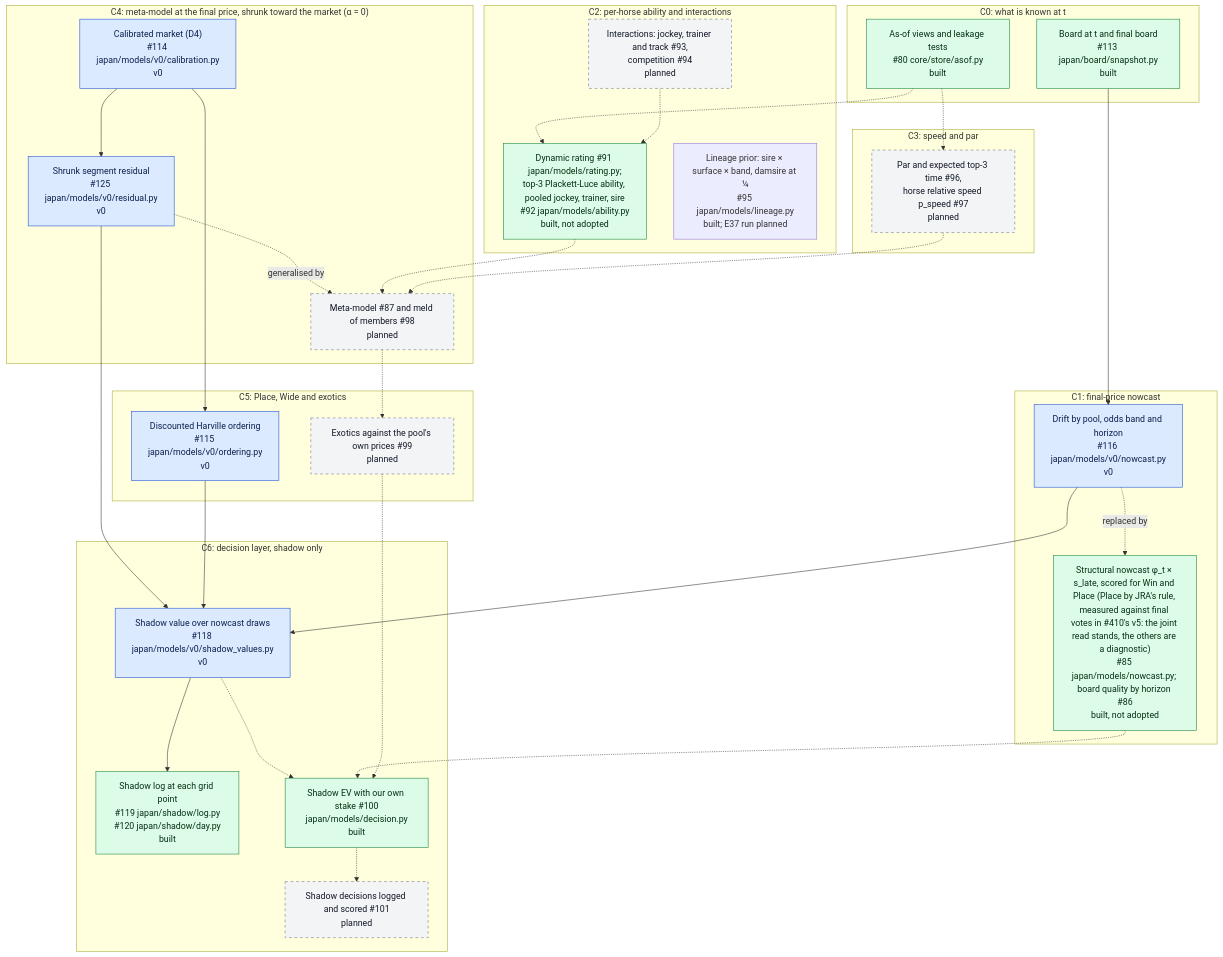
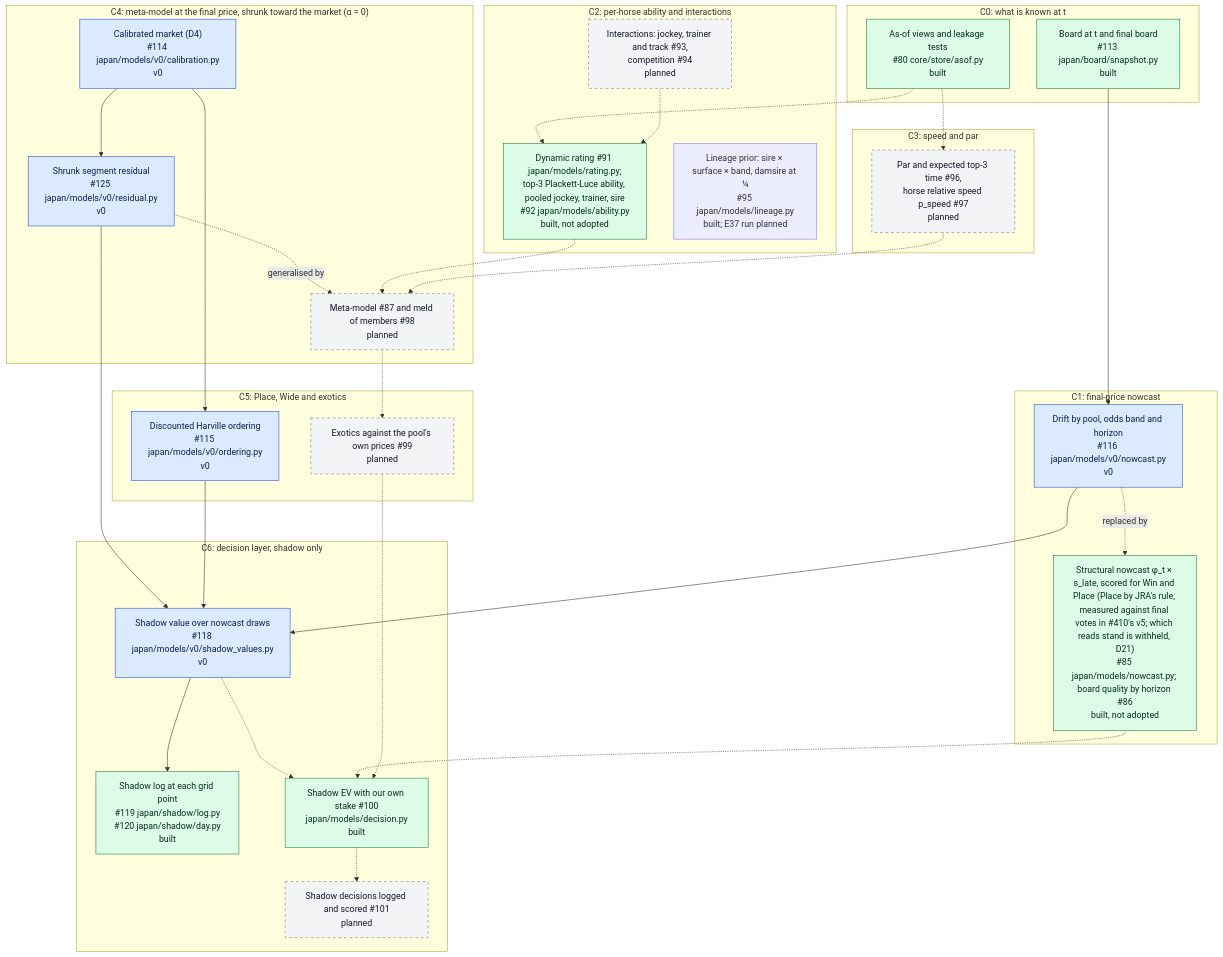
Before and after one commit to rjeskuri/HorseTrackBetting: the second of 6 diagrams in docs/modeling.md, drawn with Mermaid. The commit also changed 7 other files, not shown here.

First line of the commit message:
Read Place P from the field at sale; withhold the v5 verdict (#410)

````diff
--- a/docs/modeling.md
+++ b/docs/modeling.md
@@ -71,60 +71,60 @@
 ```mermaid
 flowchart TB
     subgraph L0["C0: what is known at t"]
         ASOF["As-of views and leakage tests<br/>#80 core/store/asof.py<br/>built"]
         BOARD["Board at t and final board<br/>#113 japan/board/snapshot.py<br/>built"]
     end
     subgraph L1["C1: final-price nowcast"]
         NC0["Drift by pool, odds band and horizon<br/>#116 japan/models/v0/nowcast.py<br/>v0"]
-        NC1["Structural nowcast φ_t × s_late, scored for Win and Place (Place by JRA's rule, measured against final votes in #410's v5: the joint read stands, the others are a diagnostic)<br/>#85 japan/models/nowcast.py; board quality by horizon #86<br/>built, not adopted"]
+        NC1["Structural nowcast φ_t × s_late, scored for Win and Place (Place by JRA's rule, measured against final votes in #410's v5; which reads stand is withheld, D21)<br/>#85 japan/models/nowcast.py; board quality by horizon #86<br/>built, not adopted"]
     end
     subgraph L2["C2: per-horse ability and interactions"]
         ABIL["Dynamic rating #91 japan/models/rating.py;<br/>top-3 Plackett-Luce ability, pooled jockey, trainer, sire<br/>#92 japan/models/ability.py<br/>built, not adopted"]
         INTR["Interactions: jockey, trainer and track #93,<br/>competition #94<br/>planned"]
         LIN["Lineage prior: sire × surface × band, damsire at ¼<br/>#95 japan/models/lineage.py<br/>built; E37 run planned"]
     end
     subgraph L3["C3: speed and par"]
         SPEED["Par and expected top-3 time #96,<br/>horse relative speed p_speed #97<br/>planned"]
     end
     subgraph L4["C4: meta-model at the final price, shrunk toward the market (α = 0)"]
         CAL["Calibrated market (D4)<br/>#114 japan/models/v0/calibration.py<br/>v0"]
         RES["Shrunk segment residual<br/>#125 japan/models/v0/residual.py<br/>v0"]
         META["Meta-model #87 and meld of members #98<br/>planned"]
     end
     subgraph L5["C5: Place, Wide and exotics"]
         ORD["Discounted Harville ordering<br/>#115 japan/models/v0/ordering.py<br/>v0"]
         EXO["Exotics against the pool's own prices #99<br/>planned"]
     end
     subgraph L6["C6: decision layer, shadow only"]
         SV["Shadow value over nowcast draws<br/>#118 japan/models/v0/shadow_values.py<br/>v0"]
         SLOG["Shadow log at each grid point<br/>#119 japan/shadow/log.py<br/>#120 japan/shadow/day.py<br/>built"]
         STAKE["Shadow EV with our own stake #100<br/>japan/models/decision.py<br/>built"]
         SDEC["Shadow decisions logged and scored #101<br/>planned"]
     end
     BOARD --> NC0
     NC0 -.->|"replaced by"| NC1
     ASOF -.-> ABIL
     INTR -.-> ABIL
     ASOF -.-> SPEED
     CAL --> RES
     CAL --> ORD
     RES -.->|"generalised by"| META
     ABIL -.-> META
     SPEED -.-> META
     META -.-> EXO
     RES --> SV
     ORD --> SV
     NC0 --> SV
     SV --> SLOG
     SV -.-> STAKE
     NC1 -.-> STAKE
     EXO -.-> STAKE
     STAKE -.-> SDEC
 
     classDef v0 fill:#dbeafe,stroke:#1d4ed8,color:#0b1f4d
     classDef built fill:#dcfce7,stroke:#15803d,color:#052e16
     classDef planned fill:#f3f4f6,stroke:#6b7280,stroke-dasharray: 5 5,color:#111827
     class NC0,CAL,RES,ORD,SV v0
     class ASOF,BOARD,SLOG,NC1,ABIL,STAKE built
     class INTR,SPEED,META,EXO,SDEC planned
 ```
````
